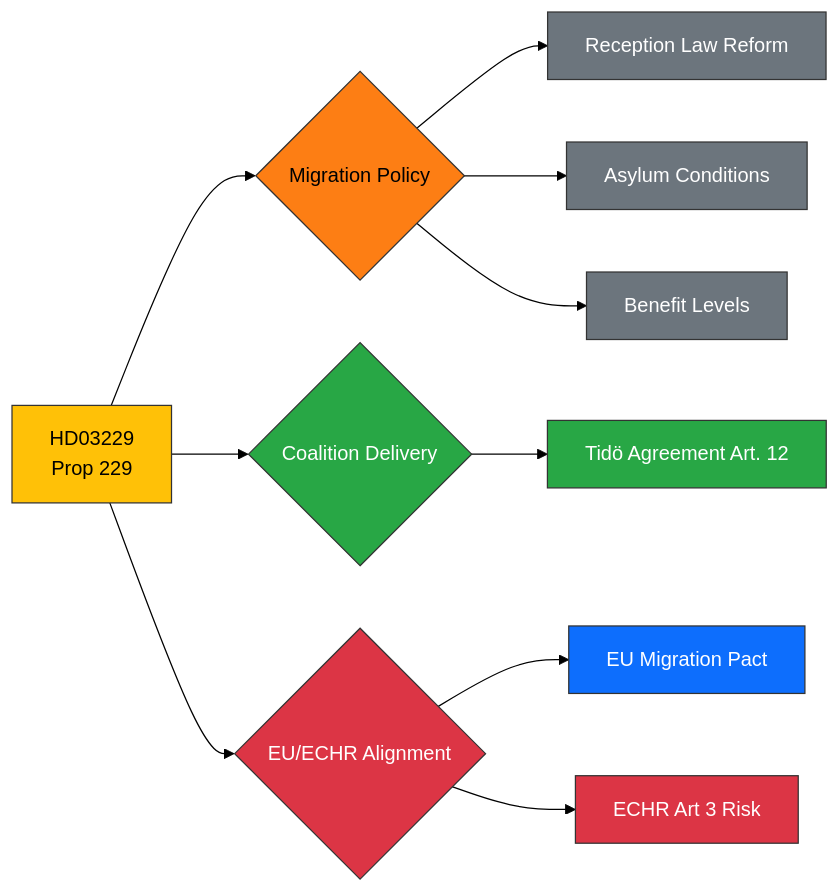
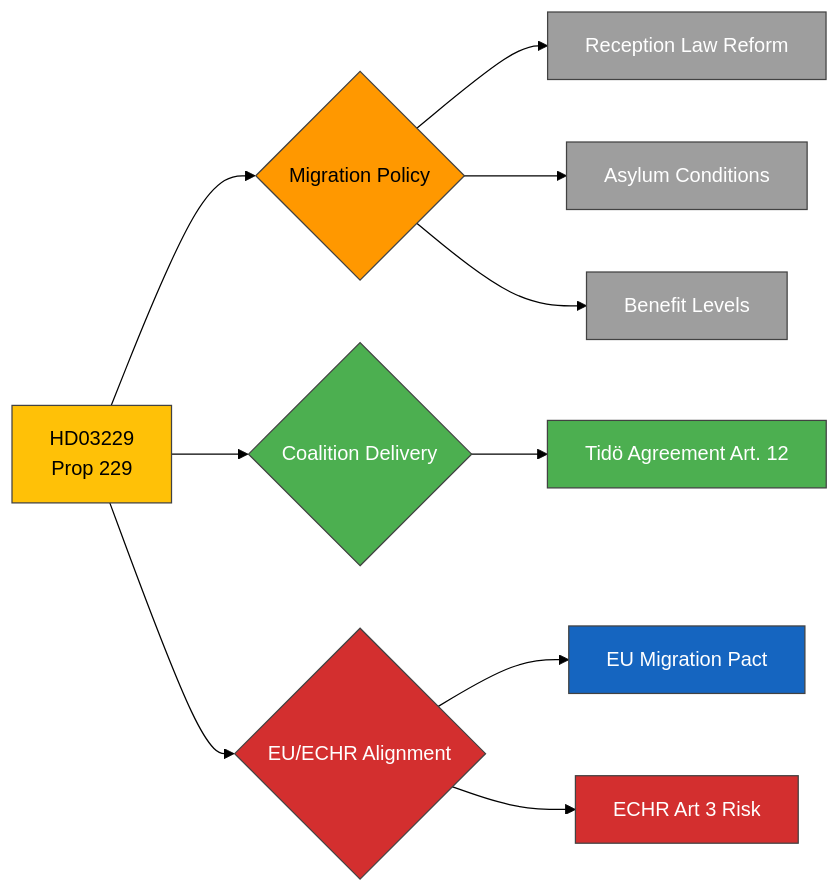
Before and after one commit to Hack23/riksdagsmonitor: the diagram in analysis/daily/2026-03-31/documents/hd03229-analysis.md, drawn with Mermaid (forest theme). The commit also changed 785 other files, not shown here.

First line of the commit message:
Normalize mermaid colors across 786 analysis artifacts to ISMS Style Guide palette

````diff
--- a/analysis/daily/2026-03-31/documents/hd03229-analysis.md
+++ b/analysis/daily/2026-03-31/documents/hd03229-analysis.md
@@ -31,22 +31,22 @@
 ```mermaid
 graph LR
     A[HD03229<br/>Prop 229] --> B{Migration Policy}
     B --> C[Reception Law Reform]
     B --> D[Asylum Conditions]
     B --> E[Benefit Levels]
     A --> F{Coalition Delivery}
     F --> G[Tidö Agreement Art. 12]
     A --> H{EU/ECHR Alignment}
     H --> I[EU Migration Pact]
     H --> J[ECHR Art 3 Risk]
-    style A fill:#ffc107,stroke:#333,color:#000
-    style B fill:#fd7e14,stroke:#333,color:#000
-    style F fill:#28a745,stroke:#333,color:#fff
-    style H fill:#dc3545,stroke:#333,color:#fff
-    style C fill:#6c757d,stroke:#333,color:#fff
-    style D fill:#6c757d,stroke:#333,color:#fff
-    style E fill:#6c757d,stroke:#333,color:#fff
-    style G fill:#28a745,stroke:#333,color:#fff
-    style I fill:#0d6efd,stroke:#333,color:#fff
-    style J fill:#dc3545,stroke:#333,color:#fff
+    style A fill:#FFC107,stroke:#424242,color:#000000
+    style B fill:#FF9800,stroke:#424242,color:#000000
+    style F fill:#4CAF50,stroke:#424242,color:#FFFFFF
+    style H fill:#D32F2F,stroke:#424242,color:#FFFFFF
+    style C fill:#9E9E9E,stroke:#424242,color:#FFFFFF
+    style D fill:#9E9E9E,stroke:#424242,color:#FFFFFF
+    style E fill:#9E9E9E,stroke:#424242,color:#FFFFFF
+    style G fill:#4CAF50,stroke:#424242,color:#FFFFFF
+    style I fill:#1565C0,stroke:#424242,color:#FFFFFF
+    style J fill:#D32F2F,stroke:#424242,color:#FFFFFF
 ```
````
